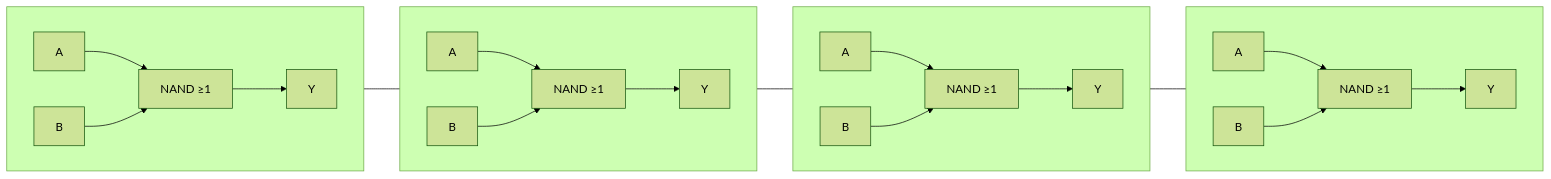
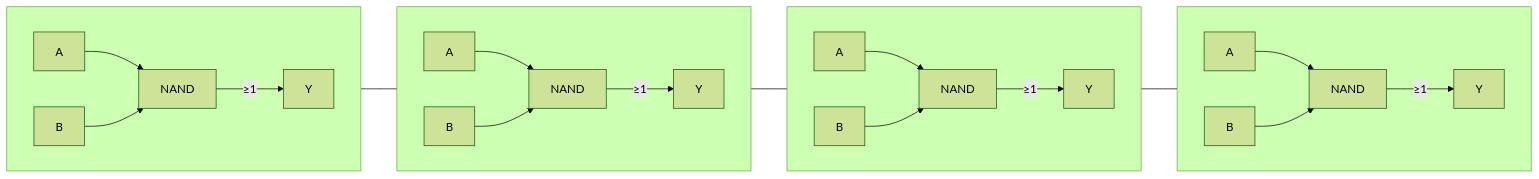
One commit to setrar/microelectronics changed the first of 2 diagrams in Components/discrete/Transistors/kit/HomeDepot/BlockDiagrams/README.md. Above: the diagram before and after it, drawn with Mermaid (forest theme).

Commit message:
Update NAND block diagram labels in README.md

````diff
--- a/Components/discrete/Transistors/kit/HomeDepot/BlockDiagrams/README.md
+++ b/Components/discrete/Transistors/kit/HomeDepot/BlockDiagrams/README.md
@@ -12,33 +12,33 @@
 ```mermaid
 graph LR
     subgraph NAND1 [ ]
         direction LR
-        A1[A] --> N1[NAND ≥1]
+        A1[A] --> N1[NAND]
         B1[B] --> N1
-        N1 --> Y1[Y]
+        N1 -- "≥1" --> Y1[Y]
     end
 
     subgraph NAND2 [ ]
         direction LR
-        A2[A] --> N2[NAND ≥1]
+        A2[A] --> N2[NAND]
         B2[B] --> N2
-        N2 --> Y2[Y]
+        N2 -- "≥1" --> Y2[Y]
     end
 
     subgraph NAND3 [ ]
         direction LR
-        A3[A] --> N3[NAND ≥1]
+        A3[A] --> N3[NAND]
         B3[B] --> N3
-        N3 --> Y3[Y]
+        N3 -- "≥1" --> Y3[Y]
     end
 
     subgraph NAND4 [ ]
         direction LR
-        A4[A] --> N4[NAND ≥1]
+        A4[A] --> N4[NAND]
         B4[B] --> N4
-        N4 --> Y4[Y]
+        N4 -- "≥1" --> Y4[Y]
     end
 
     %% Arrange subgraphs horizontally
     NAND1 --- NAND2 --- NAND3 --- NAND4
 ```
````
